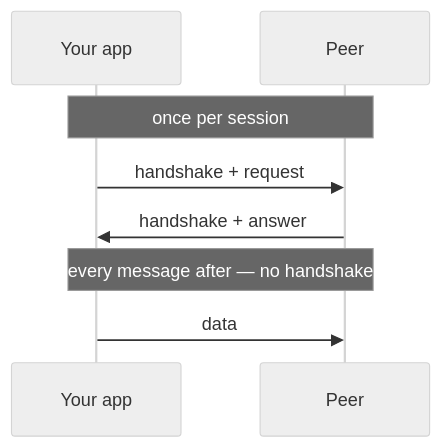
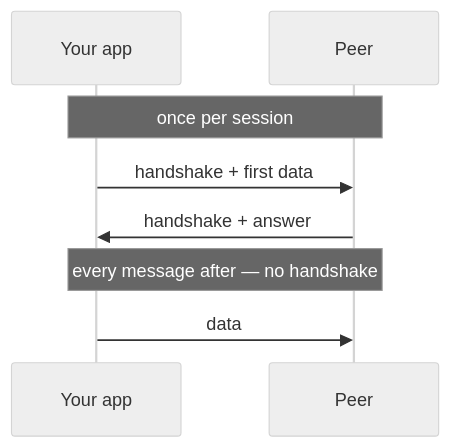
One commit to YounghyeonPark/fectp changed the first of 5 diagrams in README.md. Above: the diagram before and after it, drawn with Mermaid (neutral theme). The commit also changed other lines of this file and 13 other files, not shown here.

````diff
--- a/README.md
+++ b/README.md
@@ -46,10 +46,10 @@
 ```mermaid
 sequenceDiagram
     participant A as Your app
     participant B as Peer
     Note over A,B: once per session
-    A->>B: handshake + request
+    A->>B: handshake + first data
     B->>A: handshake + answer
     Note over A,B: every message after — no handshake
     A->>B: data
 ```
````
